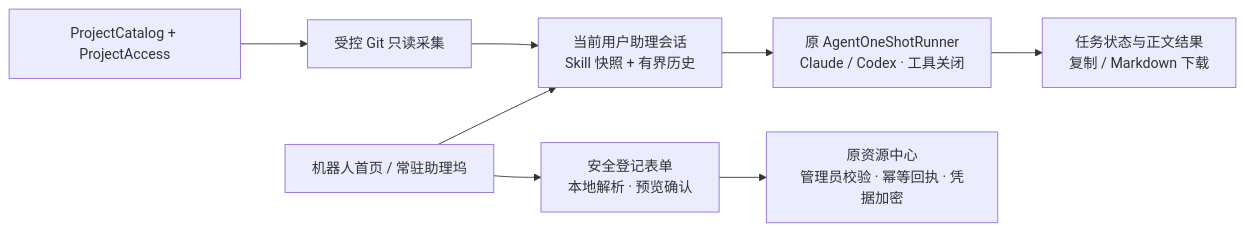
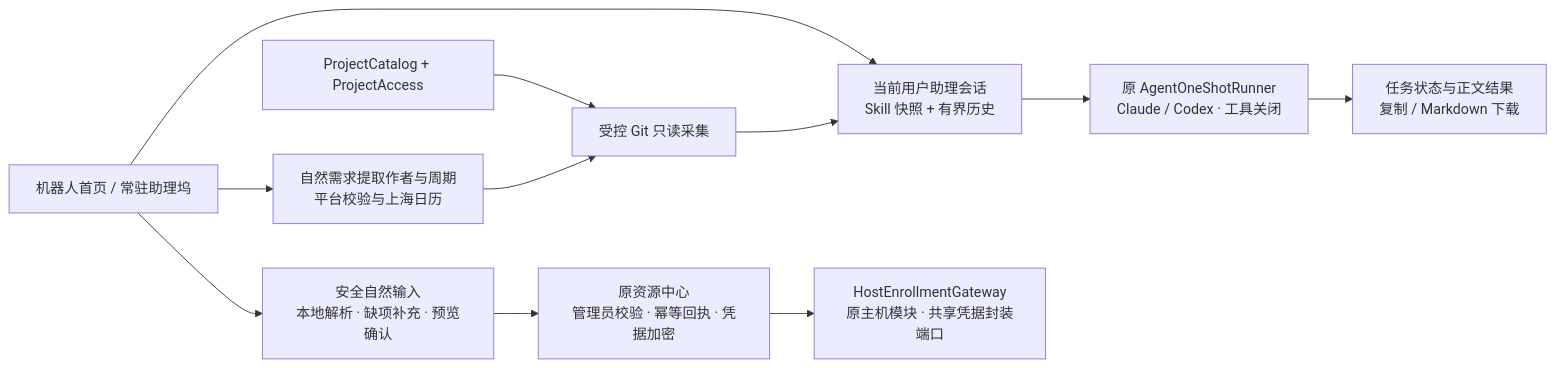
The tenth of 24 diagrams in docs/ai-coding-architecture.md (exception-coder/kai-toolbox), drawn with Mermaid before and after one commit. The commit also changed other lines of this file and 28 other files, not shown here.

````diff
--- a/docs/ai-coding-architecture.md
+++ b/docs/ai-coding-architecture.md
@@ -371,10 +373,13 @@
 ```mermaid
 flowchart LR
     ENTRY["机器人首页 / 常驻助理坞"] --> SESSION["当前用户助理会话<br/>Skill 快照 + 有界历史"]
     CATALOG["ProjectCatalog + ProjectAccess"] --> GIT["受控 Git 只读采集"]
+    ENTRY --> PLAN["自然需求提取作者与周期<br/>平台校验与上海日历"]
+    PLAN --> GIT
     GIT --> SESSION
     SESSION --> RUNNER["原 AgentOneShotRunner<br/>Claude / Codex · 工具关闭"]
     RUNNER --> RESULT["任务状态与正文结果<br/>复制 / Markdown 下载"]
-    ENTRY --> SECURE["安全登记表单<br/>本地解析 · 预览确认"]
+    ENTRY --> SECURE["安全自然输入<br/>本地解析 · 缺项补充 · 预览确认"]
     SECURE --> OPS["原资源中心<br/>管理员校验 · 幂等回执 · 凭据加密"]
+    OPS --> HOSTS["HostEnrollmentGateway<br/>原主机模块 · 共享凭据封装端口"]
 ```
````
